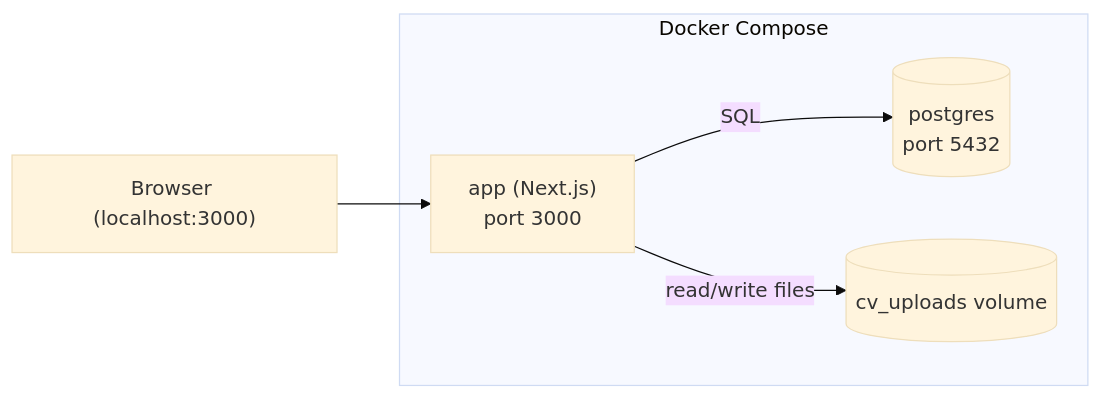
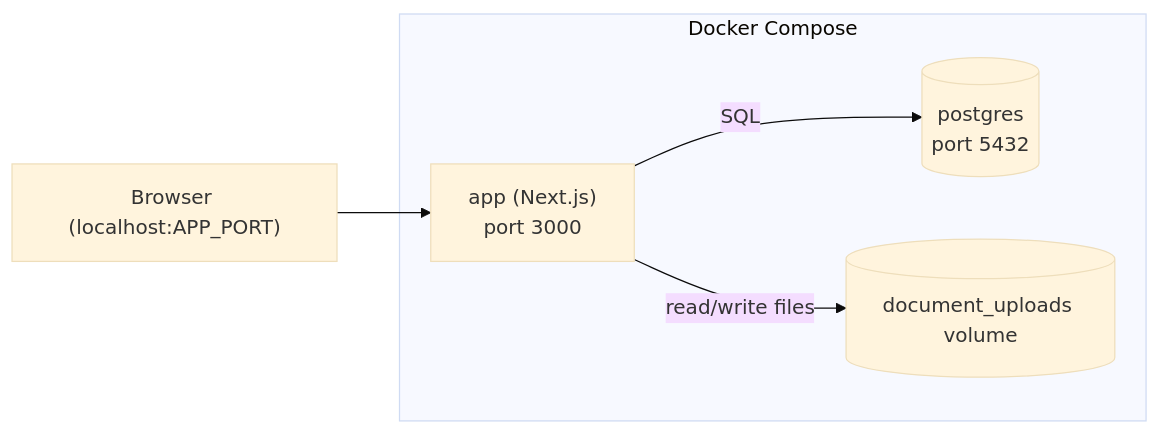
One commit to mihai2000q/CvTracker changed the diagram in docs/05-deployment.md. Above: the diagram before and after it, drawn with Mermaid (base theme). The commit also changed other lines of this file, not shown here.

````diff
--- a/docs/05-deployment.md
+++ b/docs/05-deployment.md
@@ -14,11 +24,11 @@
 ```mermaid
 flowchart LR
     subgraph Docker Compose
         app["app (Next.js)\nport 3000"]
         db[("postgres\nport 5432")]
-        vol[("cv_uploads volume")]
+        vol[("document_uploads volume")]
     end
     app -- "SQL" --> db
     app -- "read/write files" --> vol
-    browser["Browser (localhost:3000)"] --> app
+    browser["Browser (localhost:APP_PORT)"] --> app
 ```
````
